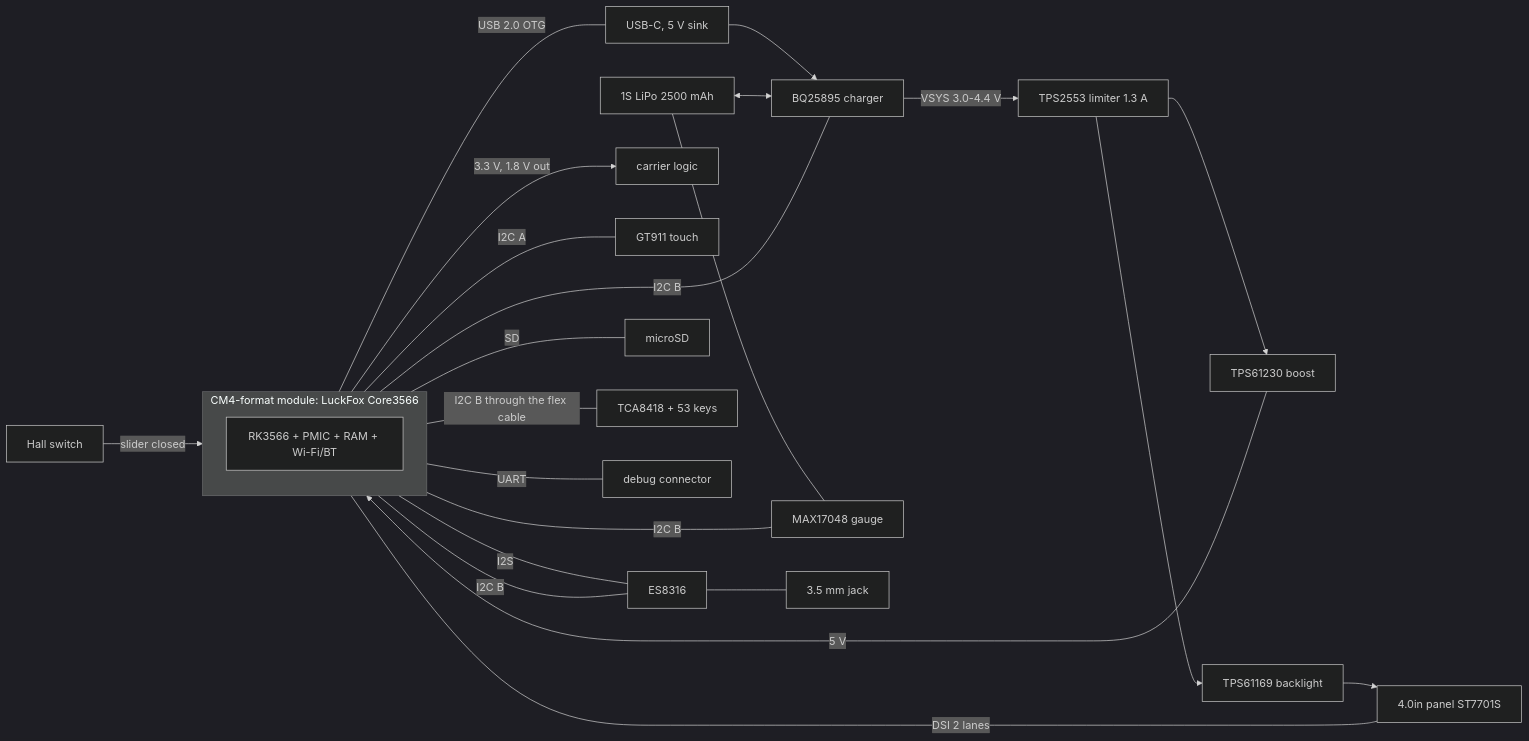
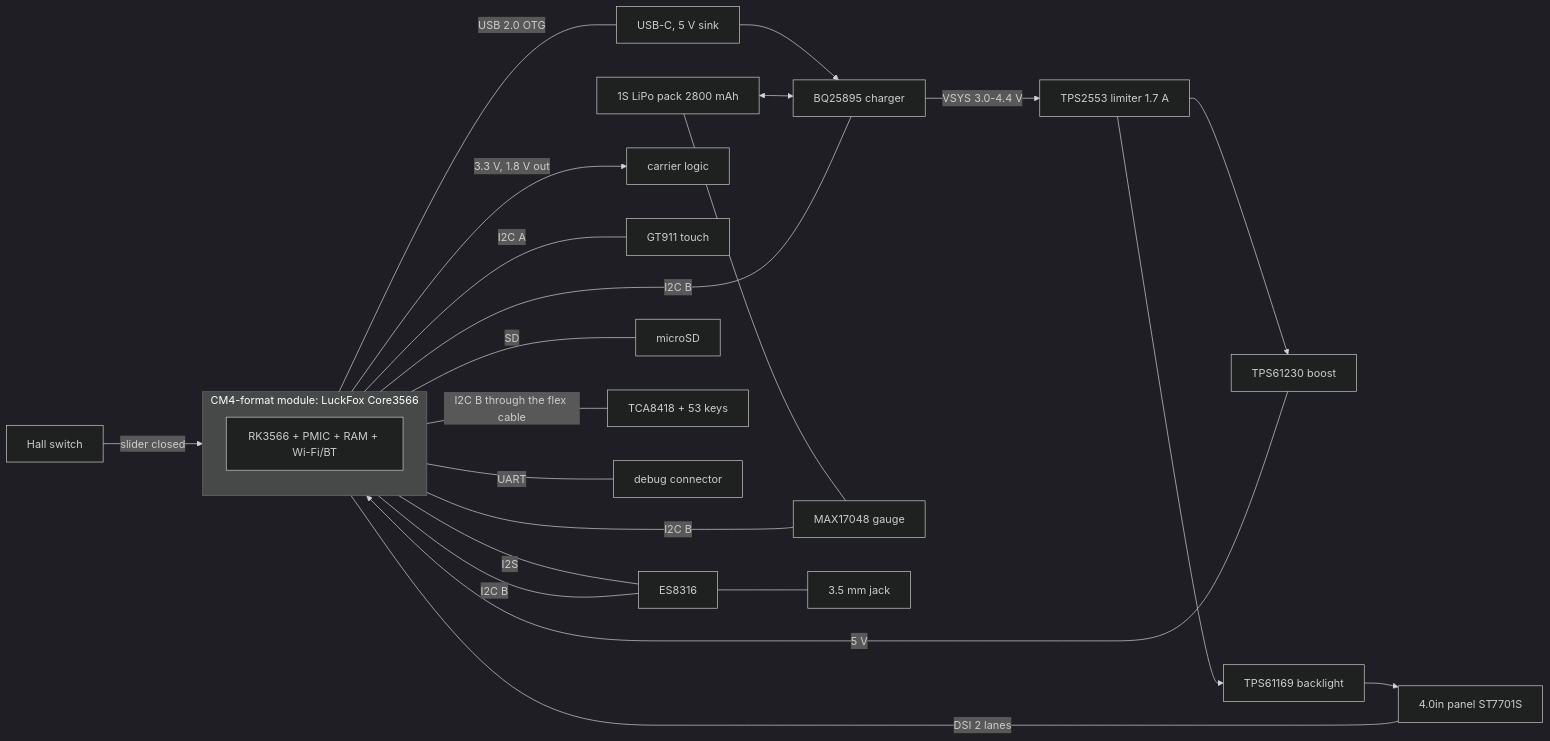
The diagram in docs/architecture.md (ruapotato/hackerslide), drawn with Mermaid (dark theme) before and after one commit. The commit also changed other lines of this file and 45 other files, not shown here.

First line of the commit message:
Battery: BAK LP-454965-2P-3M pack (5.6 A), 20.05 mm; limiter at 1.7 A

````diff
--- a/docs/architecture.md
+++ b/docs/architecture.md
@@ -3,23 +3,23 @@
 ```mermaid
 flowchart LR
   USBC[USB-C, 5 V sink] --> CHG[BQ25895 charger]
-  BAT[1S LiPo 2500 mAh] <--> CHG
+  BAT[1S LiPo pack 2800 mAh] <--> CHG
   BAT --- GAUGE[MAX17048 gauge]
-  CHG -->|VSYS 3.0-4.4 V| LIM[TPS2553 limiter 1.3 A]
+  CHG -->|VSYS 3.0-4.4 V| LIM[TPS2553 limiter 1.7 A]
   LIM --> BOOST[TPS61230 boost] -->|5 V| MOD
   LIM --> BL[TPS61169 backlight]
   subgraph MOD[CM4-format module: LuckFox Core3566]
     SOC[RK3566 + PMIC + RAM + Wi-Fi/BT]
   end
   MOD -->|3.3 V, 1.8 V out| RAILS[carrier logic]
   MOD ---|DSI 2 lanes| PANEL[4.0in panel ST7701S]
   MOD ---|I2C A| TOUCH[GT911 touch]
   BL --> PANEL
   MOD ---|I2S| CODEC[ES8316] --- JACK[3.5 mm jack]
   MOD ---|SD| SDC[microSD]
   MOD ---|USB 2.0 OTG| USBC
   MOD ---|I2C B| CHG & GAUGE & CODEC
   MOD ---|I2C B through the flex cable| KBD[TCA8418 + 53 keys]
   HALL[Hall switch] -->|slider closed| MOD
   MOD ---|UART| DBG[debug connector]
 ```
````
